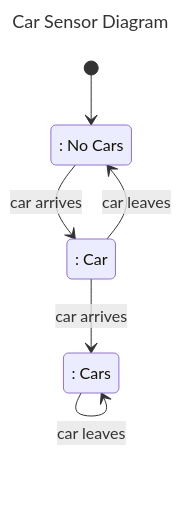
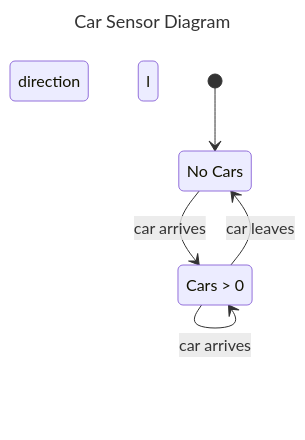
The first of 3 diagrams in COMP3153/System Model - Vinayak Fialok.md (VinayakFia/Obsidian), drawn with Mermaid before and after one commit.

Commit message:
vault backup: 2024-09-17 21:06:54

````diff
--- a/COMP3153/System Model - Vinayak Fialok.md
+++ b/COMP3153/System Model - Vinayak Fialok.md
@@ -17,14 +17,14 @@
 ```mermaid
 ---
 title: Car Sensor Diagram
 ---
 stateDiagram-v2
-	n:: No Cars
-	c:: Car
-	nc:: Cars
+	direction l
+	n: No Cars
+	c: Cars > 0
 	[*] --> n
 	n --> c : car arrives
 	c --> n : car leaves
-	c --> nc : car arrives
-	nc --> nc : car leaves
+	c --> c : car leaves
+	c --> c : car arrives
 ```
````
